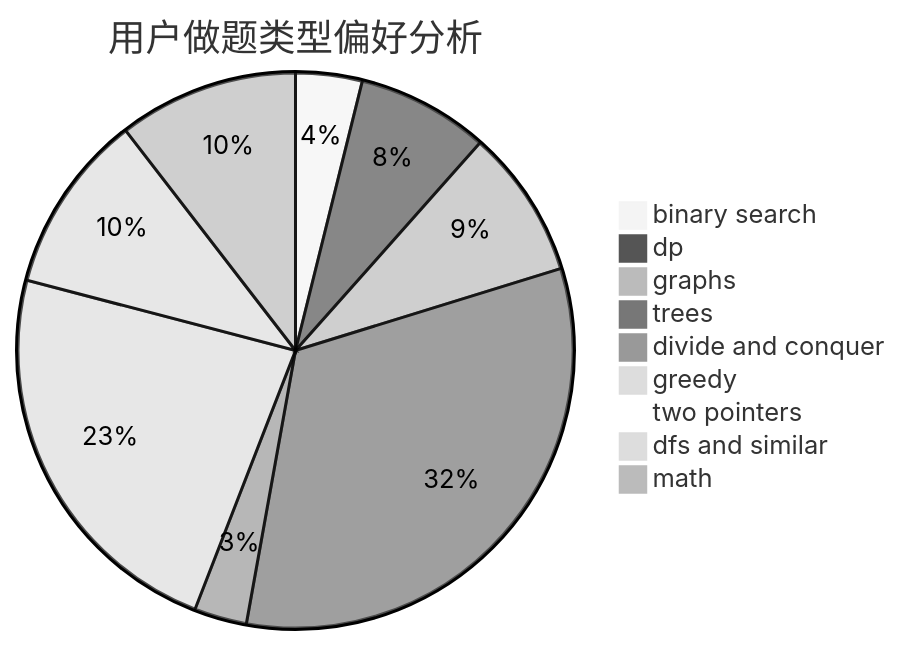
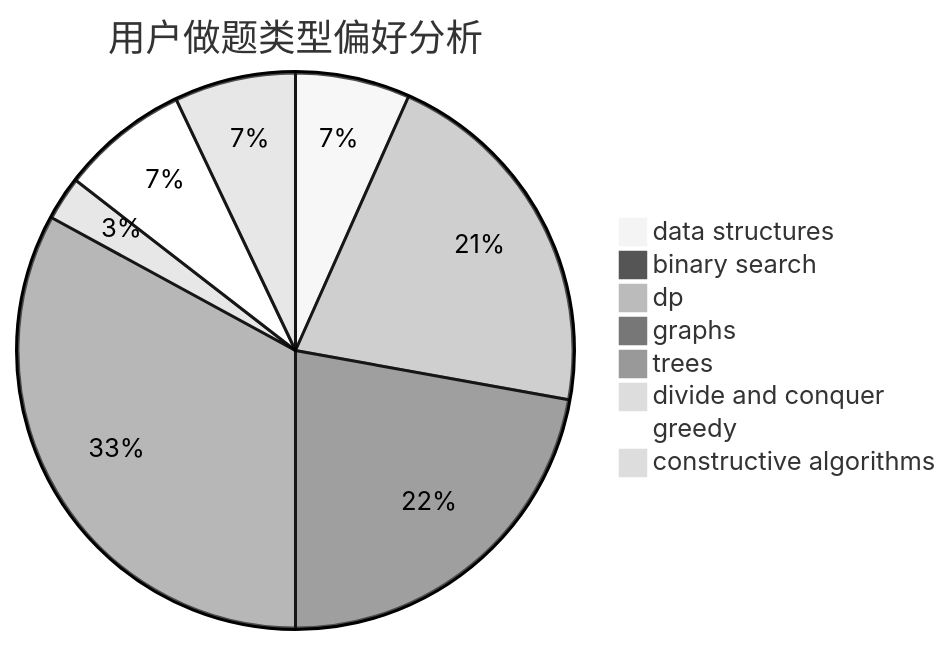
The second of 3 diagrams in docs/user/u2166.md (sherpahu/cfrs.github.io), drawn with Mermaid (neutral theme) before and after one commit. The commit also changed other lines of this file and 2775 other files, not shown here.

````diff
--- a/docs/user/u2166.md
+++ b/docs/user/u2166.md
@@ -23,12 +23,11 @@
 ```mermaid
 pie title 用户做题类型偏好分析
-    "binary search" :  67
-    "dp" :  133
-    "graphs" :  150
-    "trees" :  564
-    "divide and conquer" :  53
-    "greedy" :  401
-    "two pointers" :  8
-    "dfs and similar" :  181
-    "math" :  181
+    "data structures" :  34
+    "binary search" :  1
+    "dp" :  108
+    "graphs" :  113
+    "trees" :  168
+    "divide and conquer" :  13
+    "greedy" :  38
+    "constructive algorithms" :  36
 ```
````
